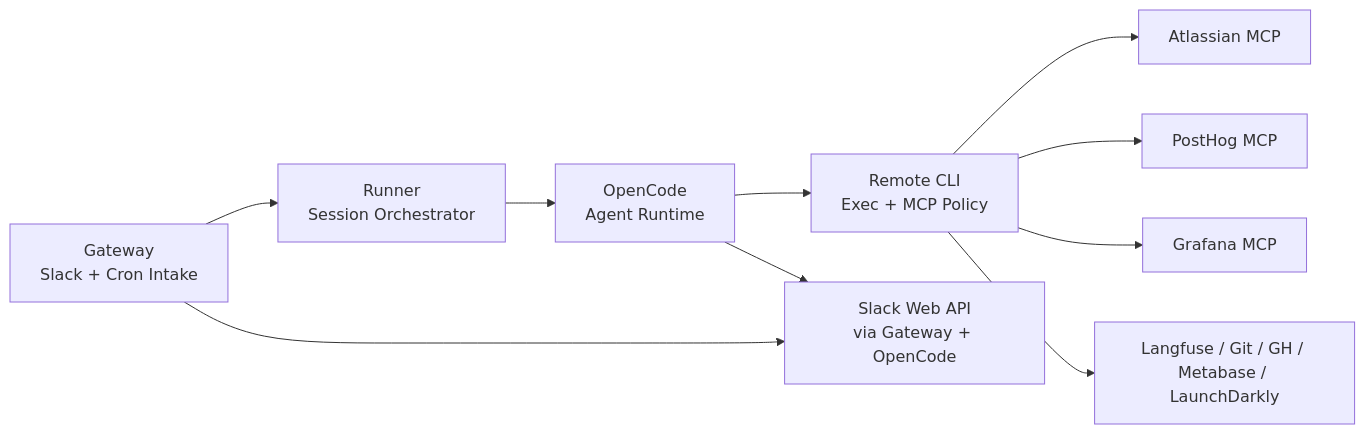
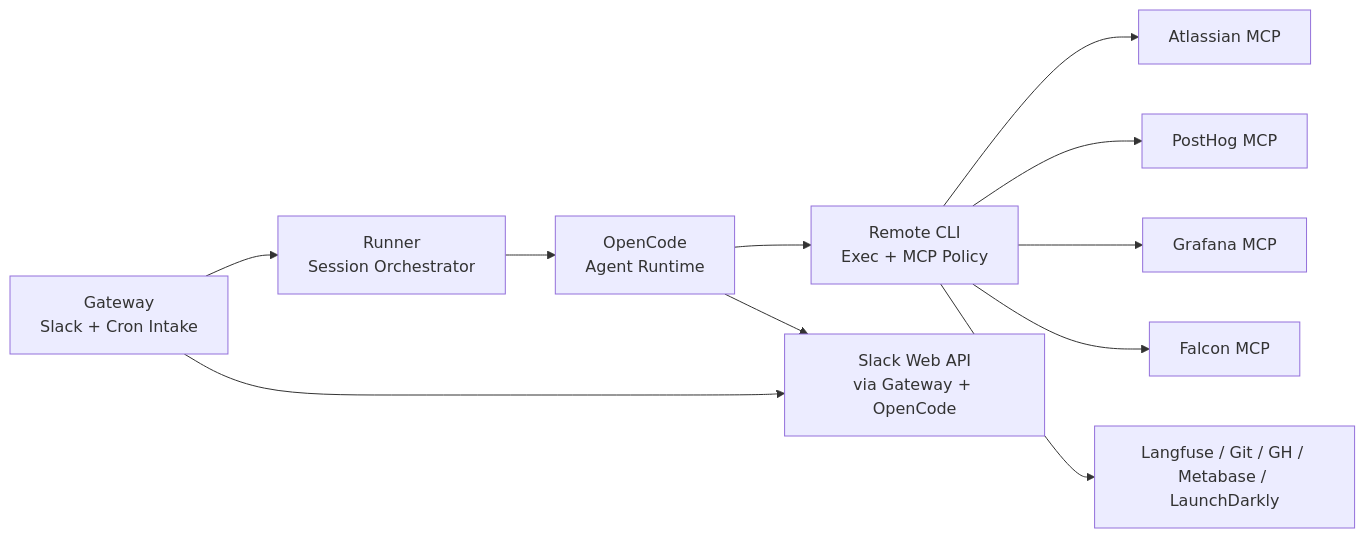
The diagram in docs/feat/mvp.md (scoutqa-dot-ai/thor), drawn with Mermaid before and after one commit. The commit also changed other lines of this file and 10 other files, not shown here.

Commit message:
chore: add falcon mcp

````diff
--- a/docs/feat/mvp.md
+++ b/docs/feat/mvp.md
@@ -7,24 +7,26 @@
 ```mermaid
 flowchart LR
 
     A[OpenCode<br/>Agent Runtime]
     B[Runner<br/>Session Orchestrator]
     C[Gateway<br/>Slack + Cron Intake]
     D[Remote CLI<br/>Exec + MCP Policy]
 
     F[Atlassian MCP]
     G[PostHog MCP]
     H[Grafana MCP]
+    K[Falcon MCP]
     I[Langfuse / Git / GH / Metabase / LaunchDarkly]
     J[Slack Web API<br/>via Gateway + OpenCode]
 
     C --> B
     B --> A
     A --> D
     C --> J
     A --> J
     D --> F
     D --> G
     D --> H
+    D --> K
     D --> I
 ```
````
